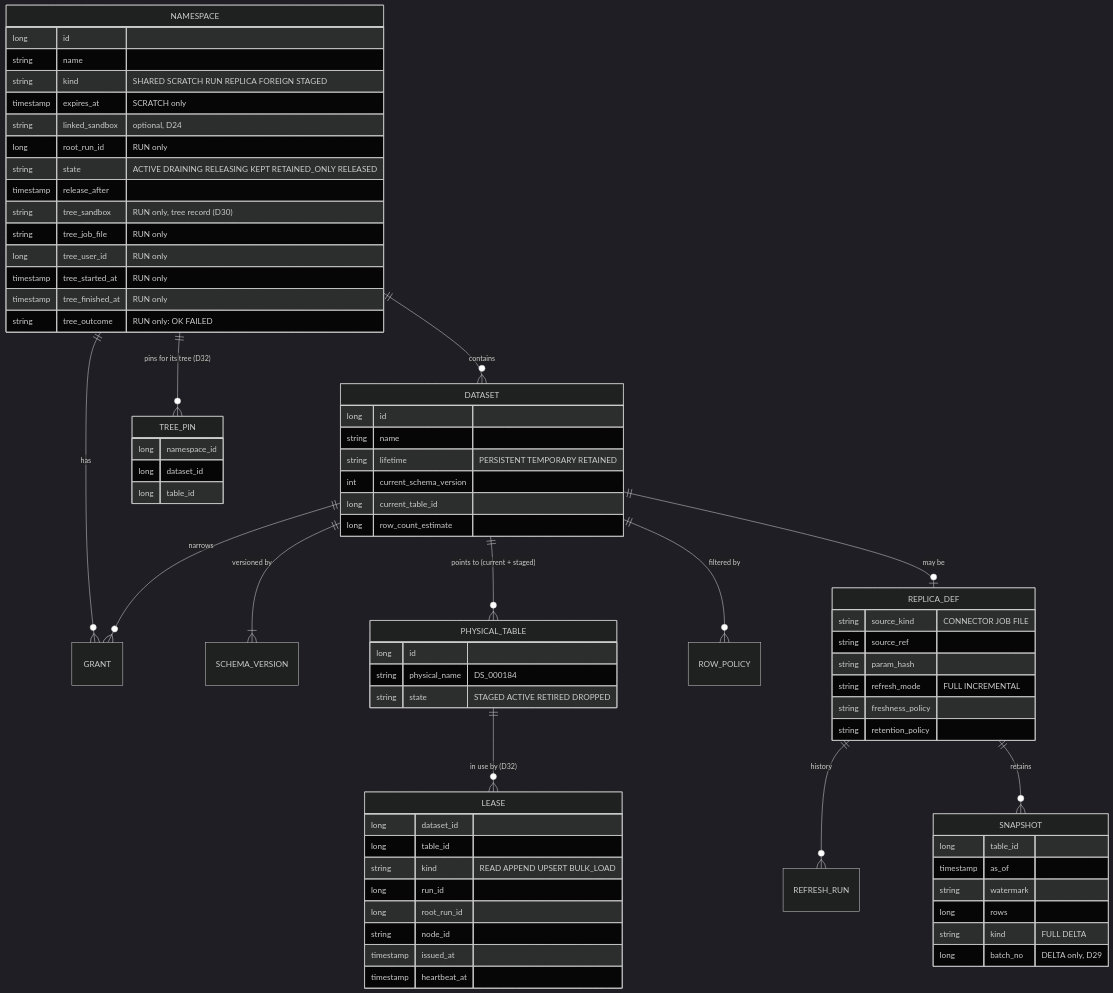
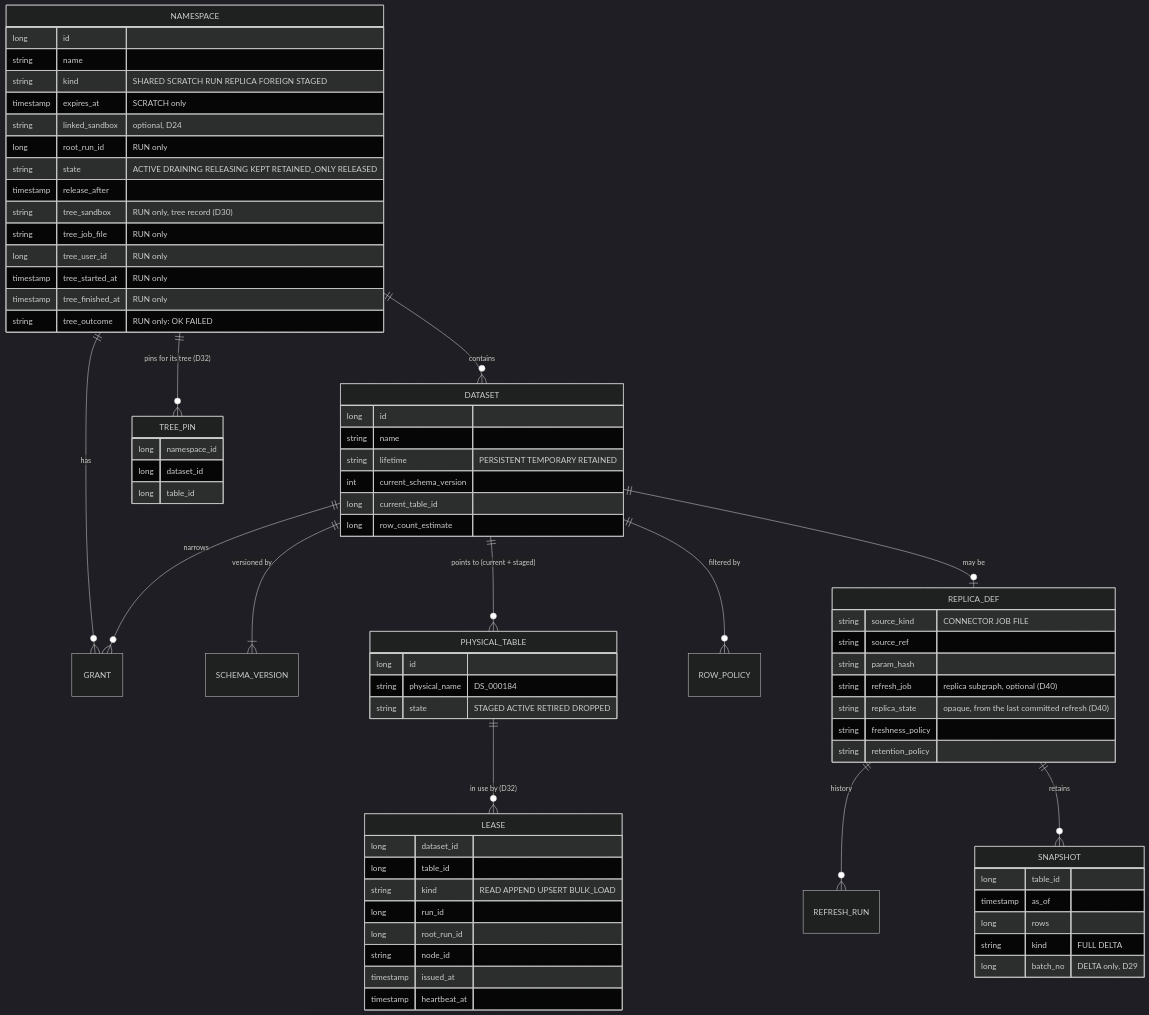
Before and after one commit to dpavlis/clover-datastore: the diagram in spec/06-namespaces.md, drawn with Mermaid (dark theme). The commit also changed 7 other files, not shown here.

````diff
--- a/spec/06-namespaces.md
+++ b/spec/06-namespaces.md
@@ -42,74 +42,74 @@
 ```mermaid
 erDiagram
   NAMESPACE ||--o{ DATASET : contains
   NAMESPACE ||--o{ GRANT : "has"
   DATASET ||--o{ GRANT : "narrows"
   DATASET ||--|{ SCHEMA_VERSION : "versioned by"
   DATASET ||--o{ PHYSICAL_TABLE : "points to (current + staged)"
   DATASET ||--o{ ROW_POLICY : "filtered by"
   DATASET ||--o| REPLICA_DEF : "may be"
   PHYSICAL_TABLE ||--o{ LEASE : "in use by (D32)"
   NAMESPACE ||--o{ TREE_PIN : "pins for its tree (D32)"
   REPLICA_DEF ||--o{ REFRESH_RUN : "history"
   REPLICA_DEF ||--o{ SNAPSHOT : "retains"
   NAMESPACE {
     long id
     string name
     string kind "SHARED SCRATCH RUN REPLICA FOREIGN STAGED"
     timestamp expires_at "SCRATCH only"
     string linked_sandbox "optional, D24"
     long root_run_id "RUN only"
     string state "ACTIVE DRAINING RELEASING KEPT RETAINED_ONLY RELEASED"
     timestamp release_after
     string tree_sandbox "RUN only, tree record (D30)"
     string tree_job_file "RUN only"
     long tree_user_id "RUN only"
     timestamp tree_started_at "RUN only"
     timestamp tree_finished_at "RUN only"
     string tree_outcome "RUN only: OK FAILED"
   }
   LEASE {
     long dataset_id
     long table_id
     string kind "READ APPEND UPSERT BULK_LOAD"
     long run_id
     long root_run_id
     string node_id
     timestamp issued_at
     timestamp heartbeat_at
   }
   TREE_PIN {
     long namespace_id
     long dataset_id
     long table_id
   }
   DATASET {
     long id
     string name
     string lifetime "PERSISTENT TEMPORARY RETAINED"
     int current_schema_version
     long current_table_id
     long row_count_estimate
   }
   PHYSICAL_TABLE {
     long id
     string physical_name "DS_000184"
     string state "STAGED ACTIVE RETIRED DROPPED"
   }
   REPLICA_DEF {
     string source_kind "CONNECTOR JOB FILE"
     string source_ref
     string param_hash
-    string refresh_mode "FULL INCREMENTAL"
+    string refresh_job "replica subgraph, optional (D40)"
+    string replica_state "opaque, from the last committed refresh (D40)"
     string freshness_policy
     string retention_policy
   }
   SNAPSHOT {
     long table_id
     timestamp as_of
-    string watermark
     long rows
     string kind "FULL DELTA"
     long batch_no "DELTA only, D29"
   }
 ```
````
